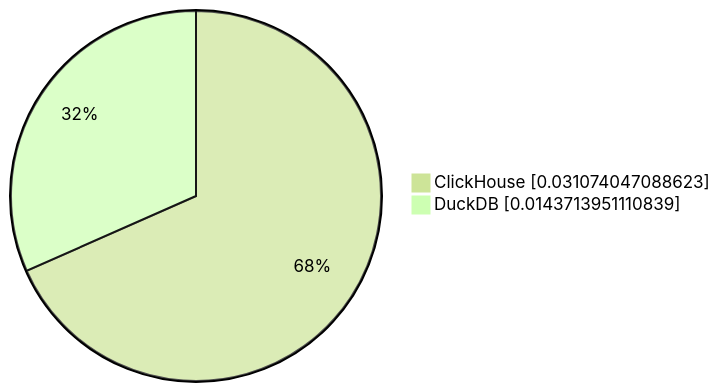
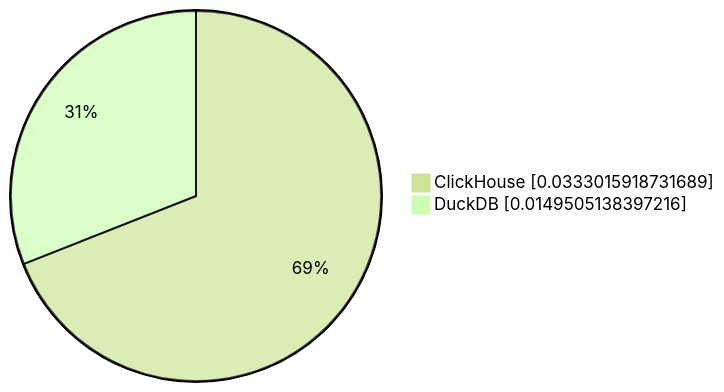
One commit to Altinity/clickhouse-regression changed the third of 10 diagrams in parquet/performance/results/README.md. Above: the diagram before and after it, drawn with Mermaid (forest theme). The commit also changed other lines of this file and 3 other files, not shown here.

````diff
--- a/parquet/performance/results/README.md
+++ b/parquet/performance/results/README.md
@@ -28,5 +28,5 @@
 ```mermaid
      pie showData
-         "ClickHouse" : 0.031074047088623
-         "DuckDB" : 0.0143713951110839
+         "ClickHouse" : 0.0333015918731689
+         "DuckDB" : 0.0149505138397216
 ```
````
